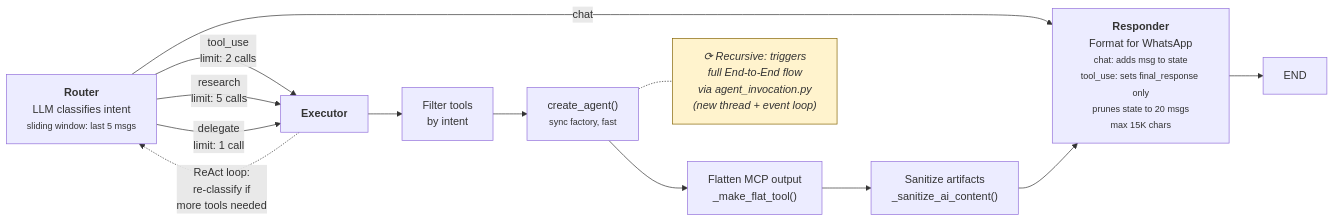
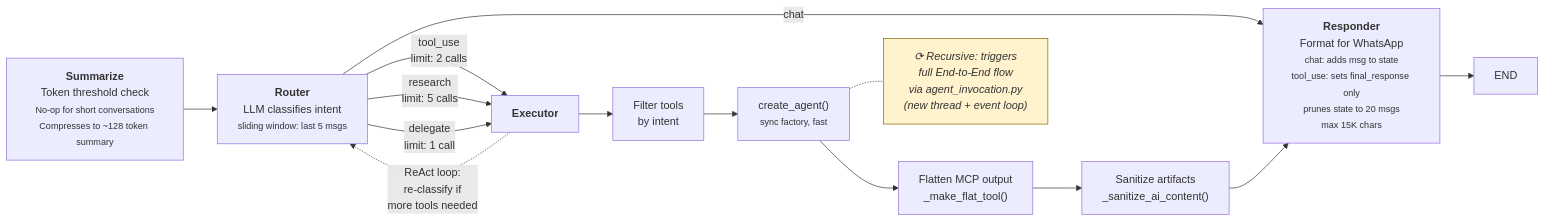
One commit to jeancsil/agntrick changed the second of 2 diagrams in AGENTS.md. Above: the diagram before and after it, drawn with Mermaid. The commit also changed other lines of this file and 24 other files, not shown here.

````diff
--- a/AGENTS.md
+++ b/AGENTS.md
@@ -236,25 +238,29 @@
 ```mermaid
 flowchart LR
+    SUMMARIZE["<b>Summarize</b><br/>Token threshold check<br/><small>No-op for short conversations<br/>Compresses to ~128 token summary</small>"]
+
+    SUMMARIZE --> ROUTER
+
     ROUTER["<b>Router</b><br/>LLM classifies intent<br/><small>sliding window: last 5 msgs</small>"]
 
     ROUTER -->|"chat"| RESP
     ROUTER -->|"tool_use<br/>limit: 2 calls"| EXEC
     ROUTER -->|"research<br/>limit: 5 calls"| EXEC
     ROUTER -->|"delegate<br/>limit: 1 call"| EXEC
 
     EXEC["<b>Executor</b>"]
     EXEC --> FILT["Filter tools<br/>by intent"]
     FILT --> SUB["create_agent()<br/><small>sync factory, fast</small>"]
     SUB --> FLAT["Flatten MCP output<br/>_make_flat_tool()"]
     FLAT --> CLEAN["Sanitize artifacts<br/>_sanitize_ai_content()"]
     CLEAN --> RESP
 
     EXEC -.->|"ReAct loop:<br/>re-classify if<br/>more tools needed"| ROUTER
 
     SUB -.- note1["⟳ Recursive: triggers<br/>full End-to-End flow<br/>via agent_invocation.py<br/>(new thread + event loop)"]:::note
 
     RESP["<b>Responder</b><br/>Format for WhatsApp<br/><small>chat: adds msg to state<br/>tool_use: sets final_response only<br/>prunes state to 20 msgs<br/>max 15K chars</small>"]
     RESP --> END_NODE["END"]
 
     classDef note fill:#fff3cd,stroke:#856404,color:#333,font-style:italic
 ```
````
